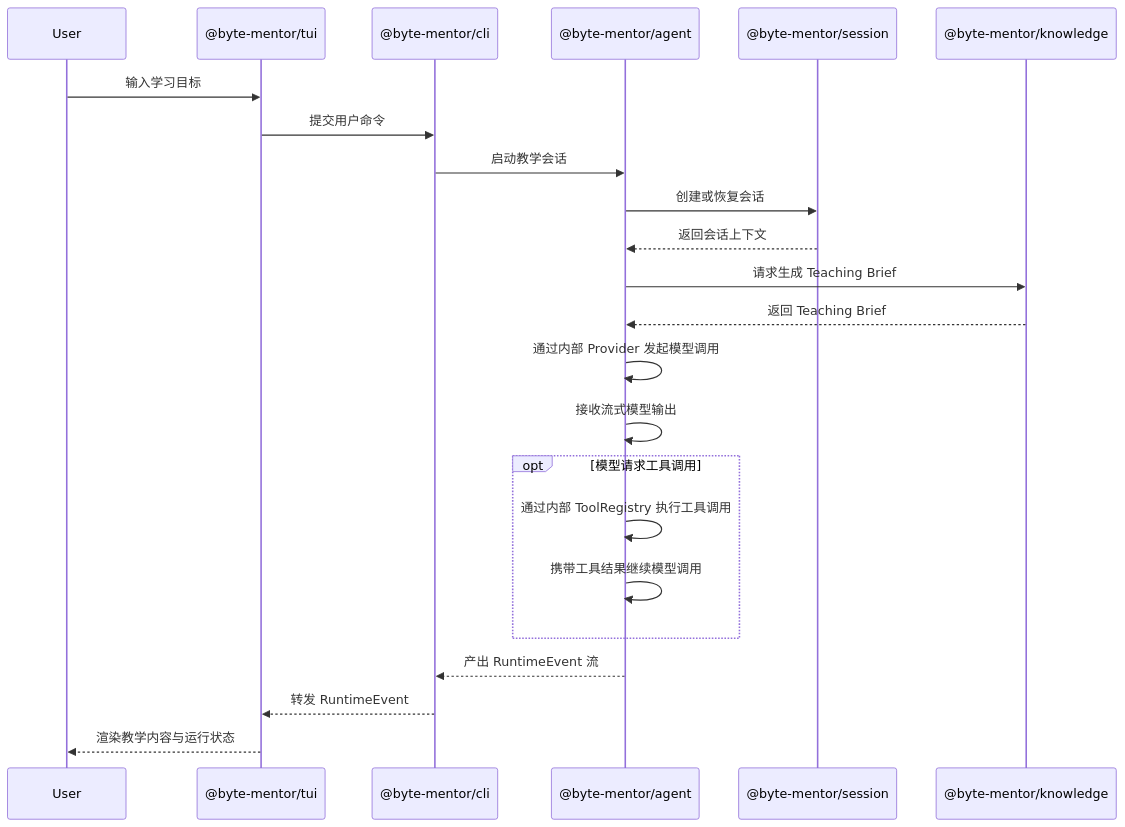
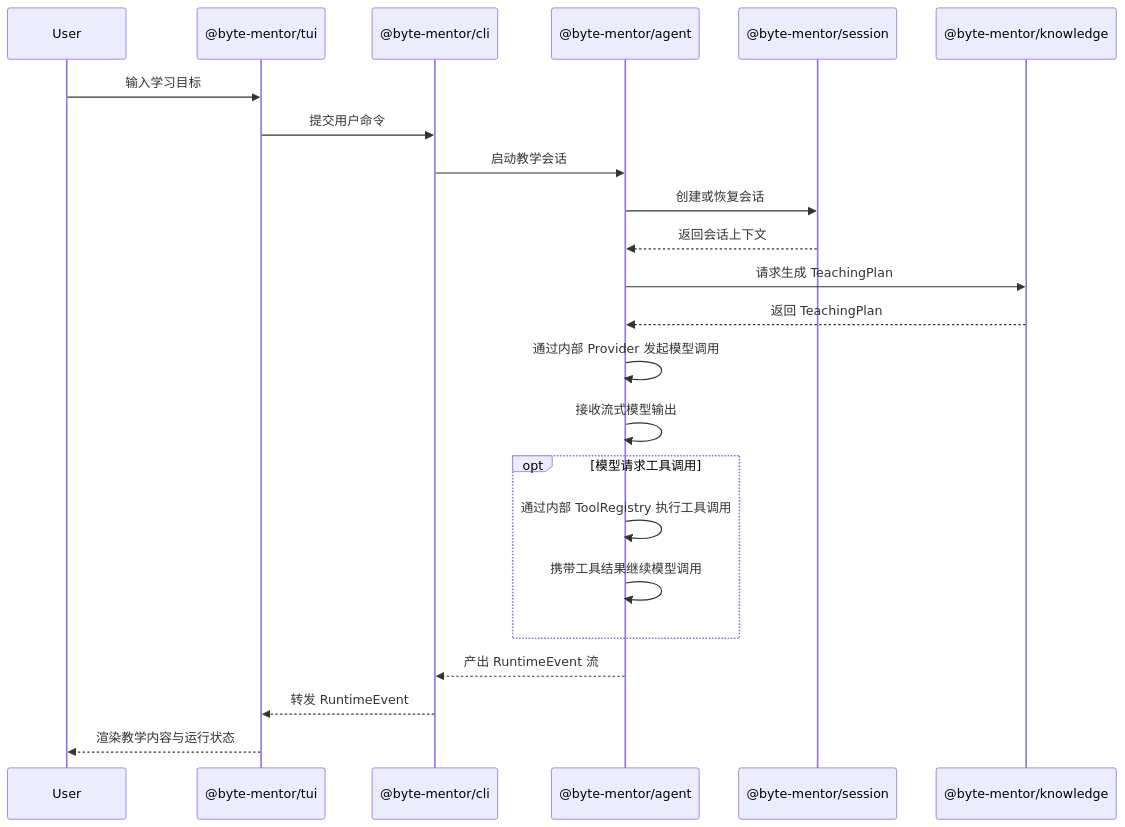
The second of 3 diagrams in .agents/.design/architecture-design.md (FufuufuF/byteMentor), drawn with Mermaid before and after one commit. The commit also changed other lines of this file and 2 other files, not shown here.

````diff
--- a/.agents/.design/architecture-design.md
+++ b/.agents/.design/architecture-design.md
@@ -457,31 +457,31 @@
 ```mermaid
 sequenceDiagram
   participant User as User
   participant TUI as @byte-mentor/tui
   participant CLI as @byte-mentor/cli
   participant Agent as @byte-mentor/agent
   participant Session as @byte-mentor/session
   participant Knowledge as @byte-mentor/knowledge
 
   User->>TUI: 输入学习目标
   TUI->>CLI: 提交用户命令
   CLI->>Agent: 启动教学会话
 
   Agent->>Session: 创建或恢复会话
   Session-->>Agent: 返回会话上下文
 
-  Agent->>Knowledge: 请求生成 Teaching Brief
-  Knowledge-->>Agent: 返回 Teaching Brief
+  Agent->>Knowledge: 请求生成 TeachingPlan
+  Knowledge-->>Agent: 返回 TeachingPlan
 
   Agent->>Agent: 通过内部 Provider 发起模型调用
   Agent->>Agent: 接收流式模型输出
 
   opt 模型请求工具调用
     Agent->>Agent: 通过内部 ToolRegistry 执行工具调用
     Agent->>Agent: 携带工具结果继续模型调用
   end
 
   Agent-->>CLI: 产出 RuntimeEvent 流
   CLI-->>TUI: 转发 RuntimeEvent
   TUI-->>User: 渲染教学内容与运行状态
 ```
````
